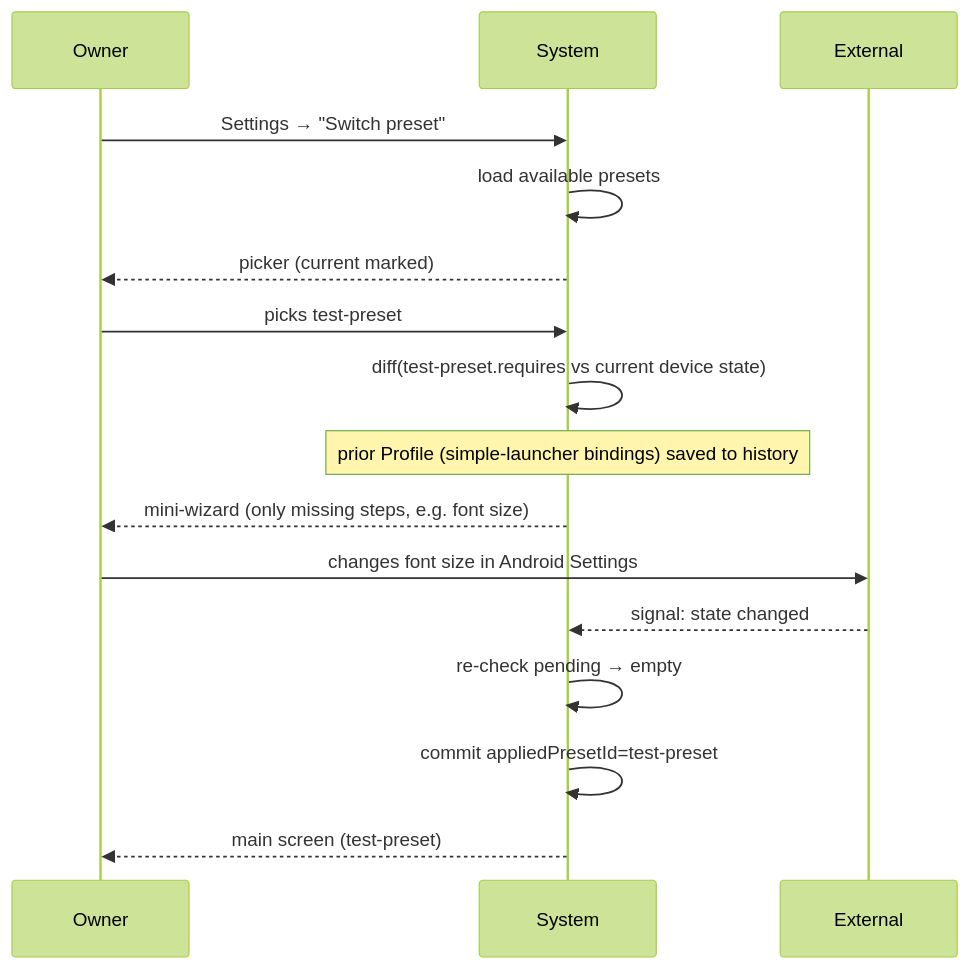
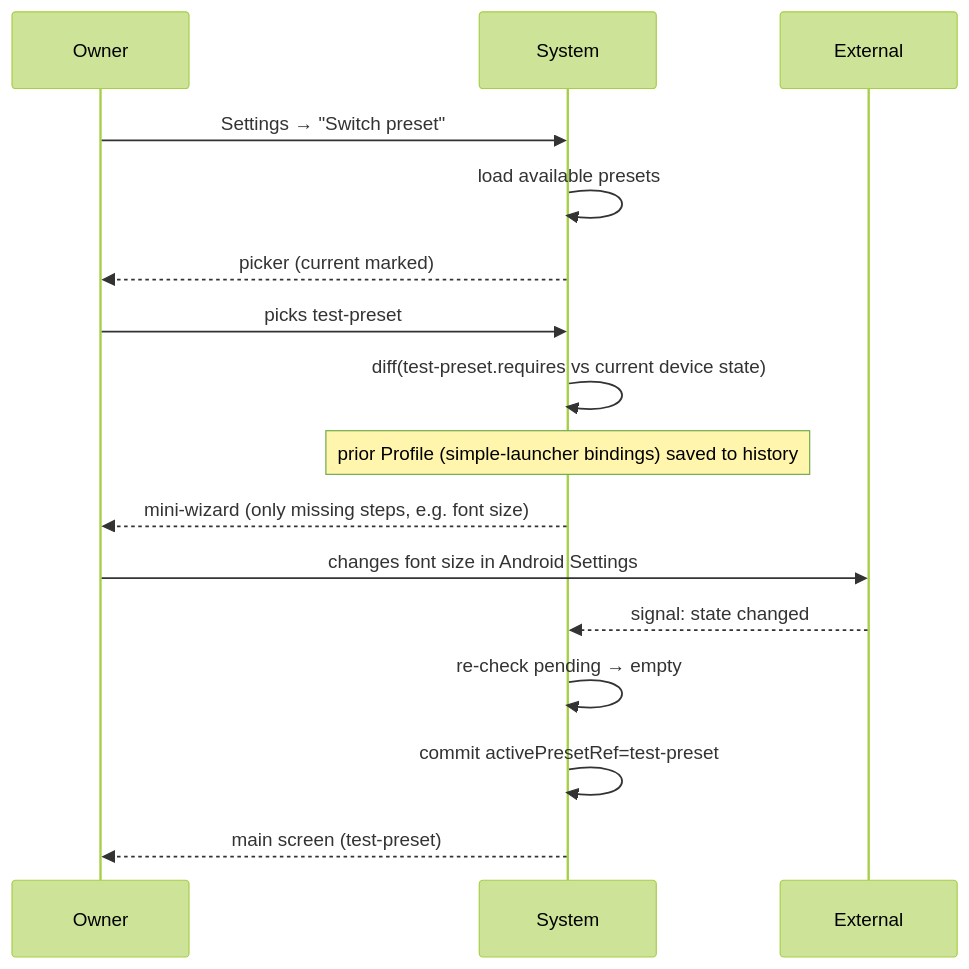
Before and after one commit to jeromwork/launcher: the third of 10 diagrams in specs/task-65-profile-composition-foundation-v2/spec.md, drawn with Mermaid (forest theme). The commit also changed other lines of this file, not shown here.

````diff
--- a/specs/task-65-profile-composition-foundation-v2/spec.md
+++ b/specs/task-65-profile-composition-foundation-v2/spec.md
@@ -346,18 +355,18 @@
 ```mermaid
 sequenceDiagram
   participant U as Owner
   participant S as System
   participant X as External
   U->>S: Settings → "Switch preset"
   S->>S: load available presets
   S-->>U: picker (current marked)
   U->>S: picks test-preset
   S->>S: diff(test-preset.requires vs current device state)
   Note over S: prior Profile (simple-launcher bindings) saved to history
   S-->>U: mini-wizard (only missing steps, e.g. font size)
   U->>X: changes font size in Android Settings
   X-->>S: signal: state changed
   S->>S: re-check pending → empty
-  S->>S: commit appliedPresetId=test-preset
+  S->>S: commit activePresetRef=test-preset
   S-->>U: main screen (test-preset)
 ```
````
